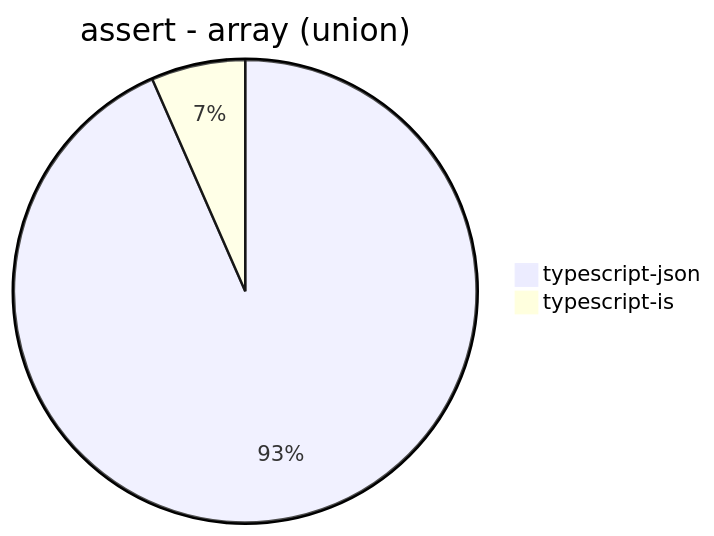
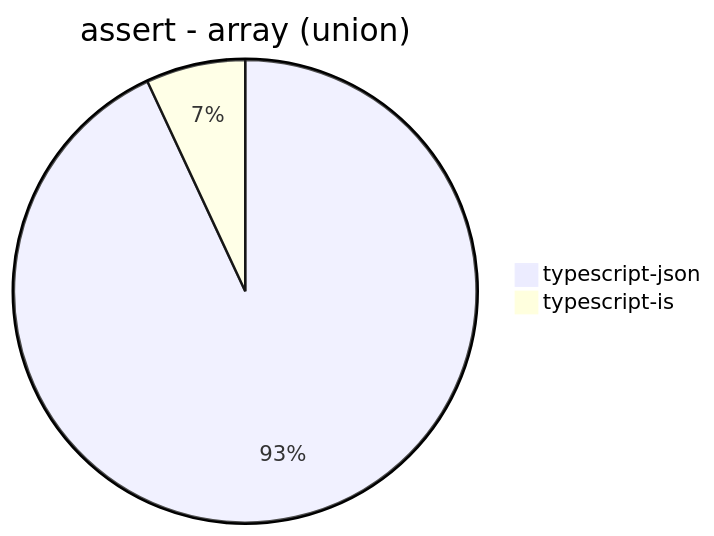
The fifth of 30 diagrams in benchmark/results/Apple M1.md (samchon/typia), drawn with Mermaid before and after one commit. The commit also changed other lines of this file, not shown here.

````diff
--- a/benchmark/results/Apple M1.md
+++ b/benchmark/results/Apple M1.md
@@ -45,5 +46,5 @@
 ```mermaid
 pie title assert - array (union)
-  "typescript-json": 4181.363467951093
-  "typescript-is": 294.2852056257789
+  "typescript-json": 4058.6325094714052
+  "typescript-is": 302.80542986425337
 ```
````
